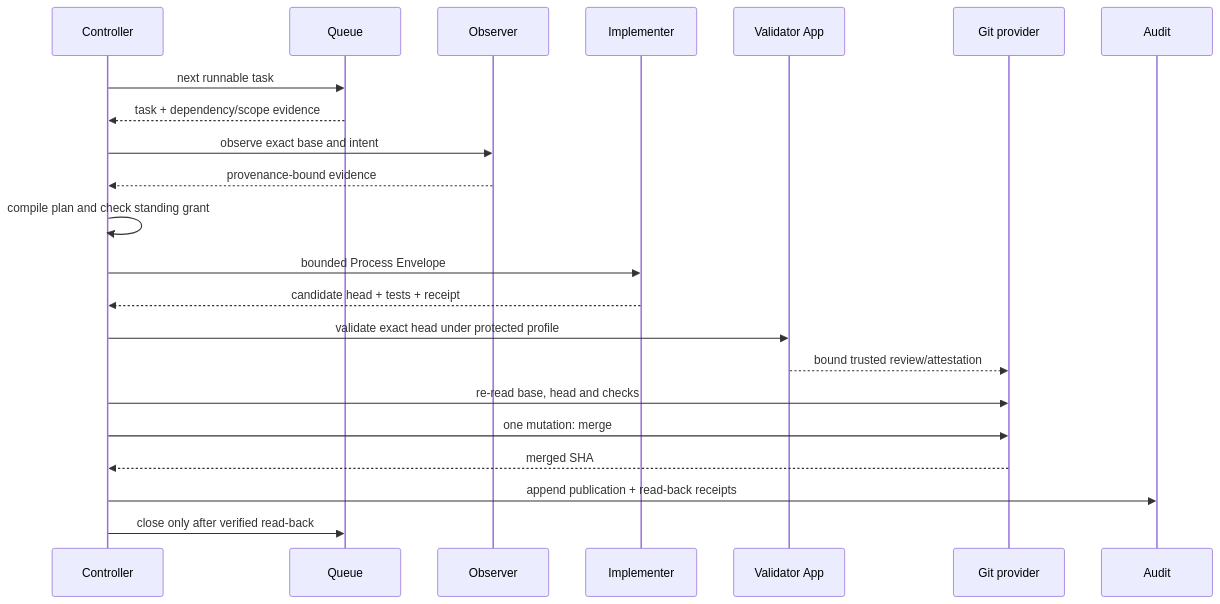
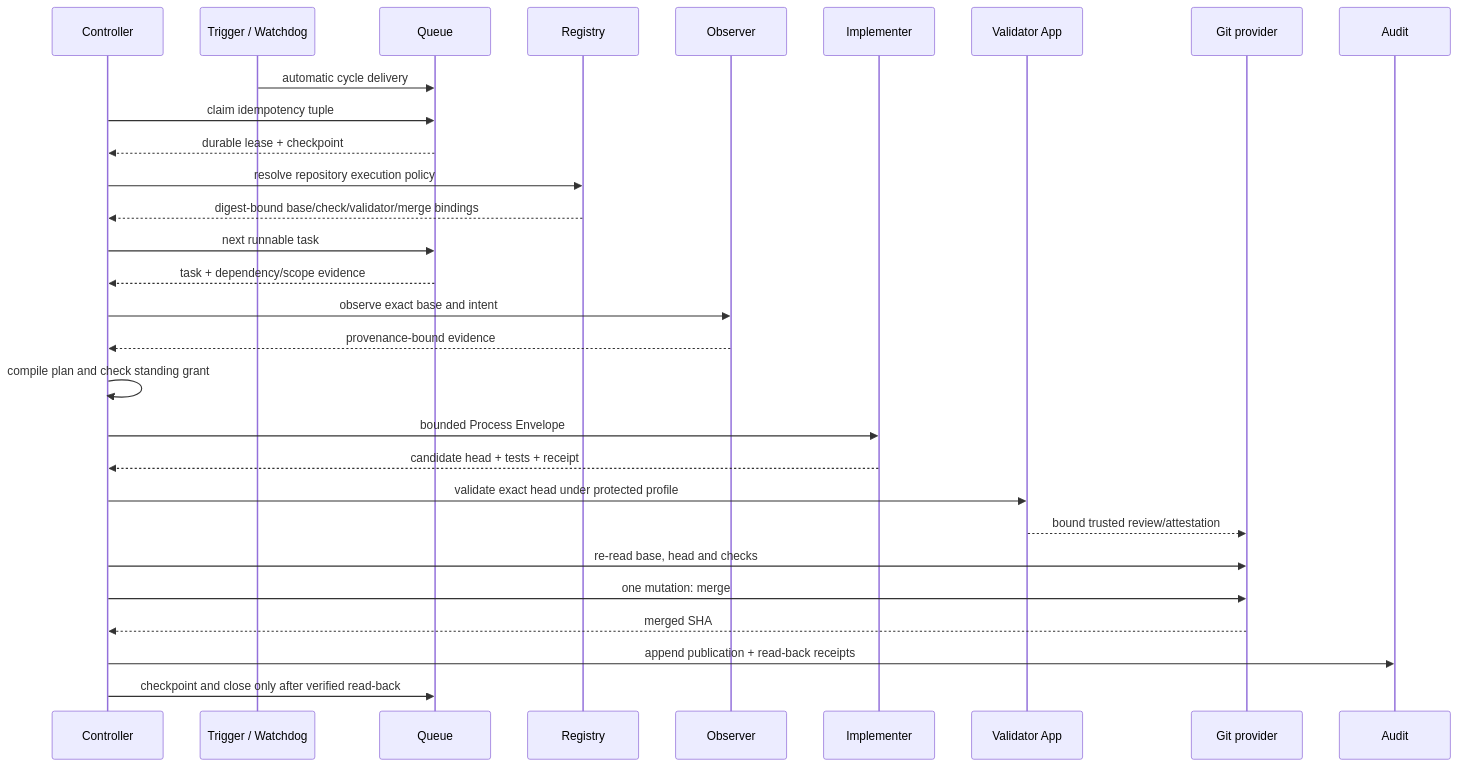
One commit to wellmanifest/autonomy changed the second of 2 diagrams in docs/LOGIC_FLOW.md. Above: the diagram before and after it, drawn with Mermaid. The commit also changed other lines of this file and 17 other files, not shown here.

````diff
--- a/docs/LOGIC_FLOW.md
+++ b/docs/LOGIC_FLOW.md
@@ -60,25 +70,32 @@
 ```mermaid
 sequenceDiagram
     participant C as Controller
+    participant T as Trigger / Watchdog
     participant Q as Queue
+    participant R as Registry
     participant O as Observer
     participant I as Implementer
     participant V as Validator App
     participant G as Git provider
     participant A as Audit
 
+    T->>Q: automatic cycle delivery
+    C->>Q: claim idempotency tuple
+    Q-->>C: durable lease + checkpoint
+    C->>R: resolve repository execution policy
+    R-->>C: digest-bound base/check/validator/merge bindings
     C->>Q: next runnable task
     Q-->>C: task + dependency/scope evidence
     C->>O: observe exact base and intent
     O-->>C: provenance-bound evidence
     C->>C: compile plan and check standing grant
     C->>I: bounded Process Envelope
     I-->>C: candidate head + tests + receipt
     C->>V: validate exact head under protected profile
     V-->>G: bound trusted review/attestation
     C->>G: re-read base, head and checks
     C->>G: one mutation: merge
     G-->>C: merged SHA
     C->>A: append publication + read-back receipts
-    C->>Q: close only after verified read-back
+    C->>Q: checkpoint and close only after verified read-back
 ```
````
